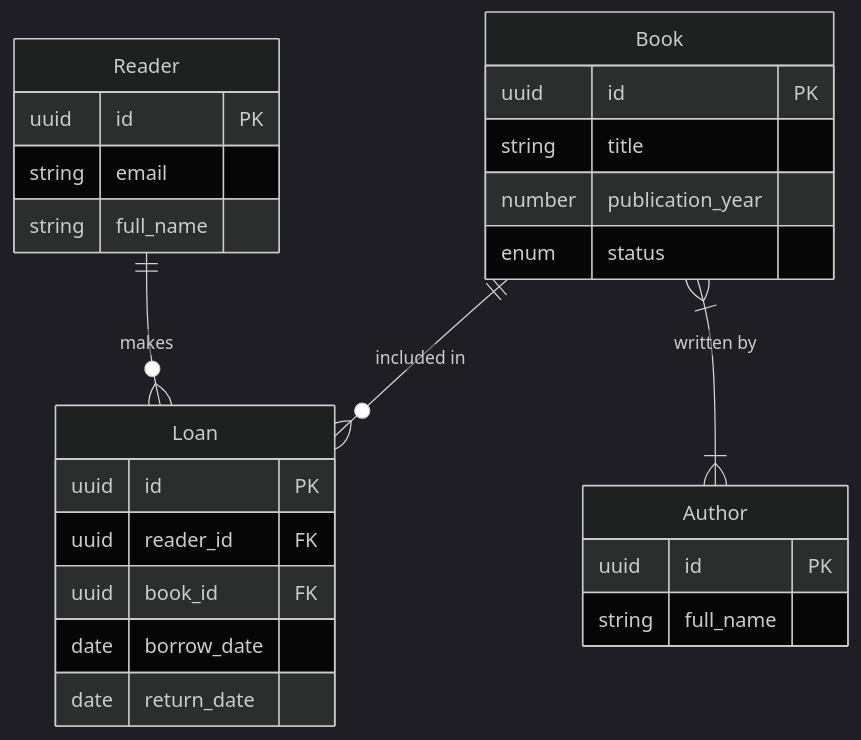
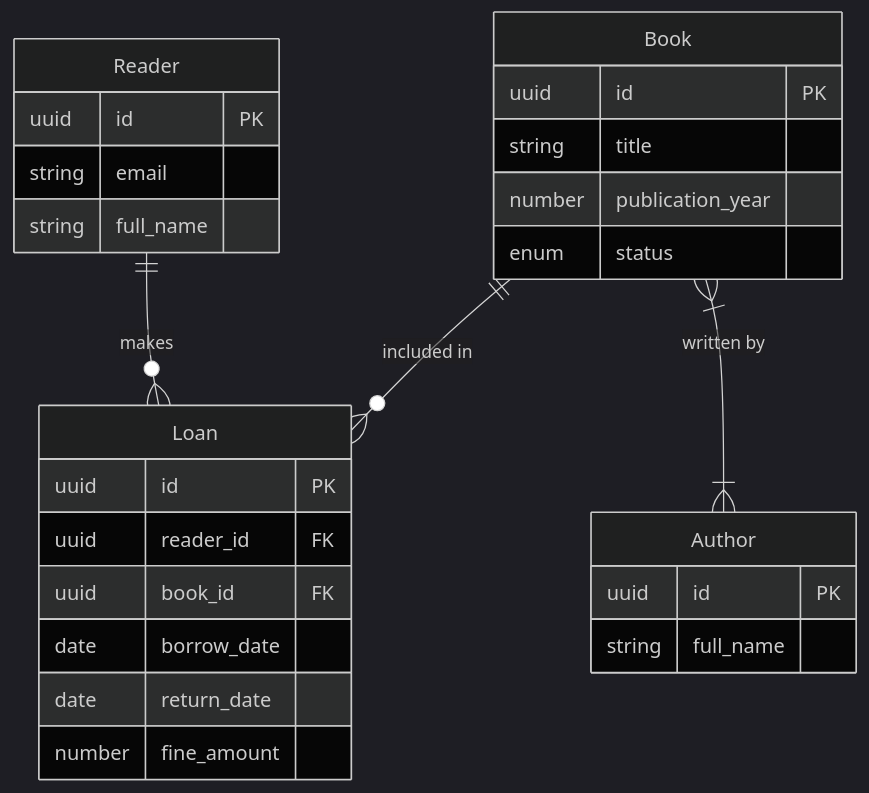
The diagram in diagram.mermaid (Fitil4ik/Library-system), drawn with Mermaid (dark theme) before and after one commit. The commit also changed 1 other file, not shown here.

Commit message:
added fine field to Loan entity

```diff
--- a/diagram.mermaid
+++ b/diagram.mermaid
@@ -1,27 +1,28 @@
 erDiagram
     Reader {
         uuid id PK
         string email
         string full_name
     }
     Author {
         uuid id PK
         string full_name
     }
     Book {
         uuid id PK
         string title
         number publication_year
         enum status
     }
     Loan {
         uuid id PK
         uuid reader_id FK
         uuid book_id FK
         date borrow_date
         date return_date
+        number fine_amount
     }
 
     Reader ||--o{ Loan : "makes"
     Book ||--o{ Loan : "included in"
     Book }|--|{ Author : "written by"
```
